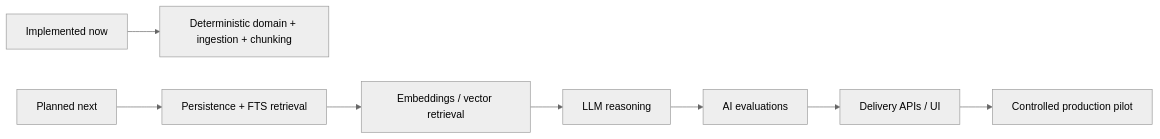
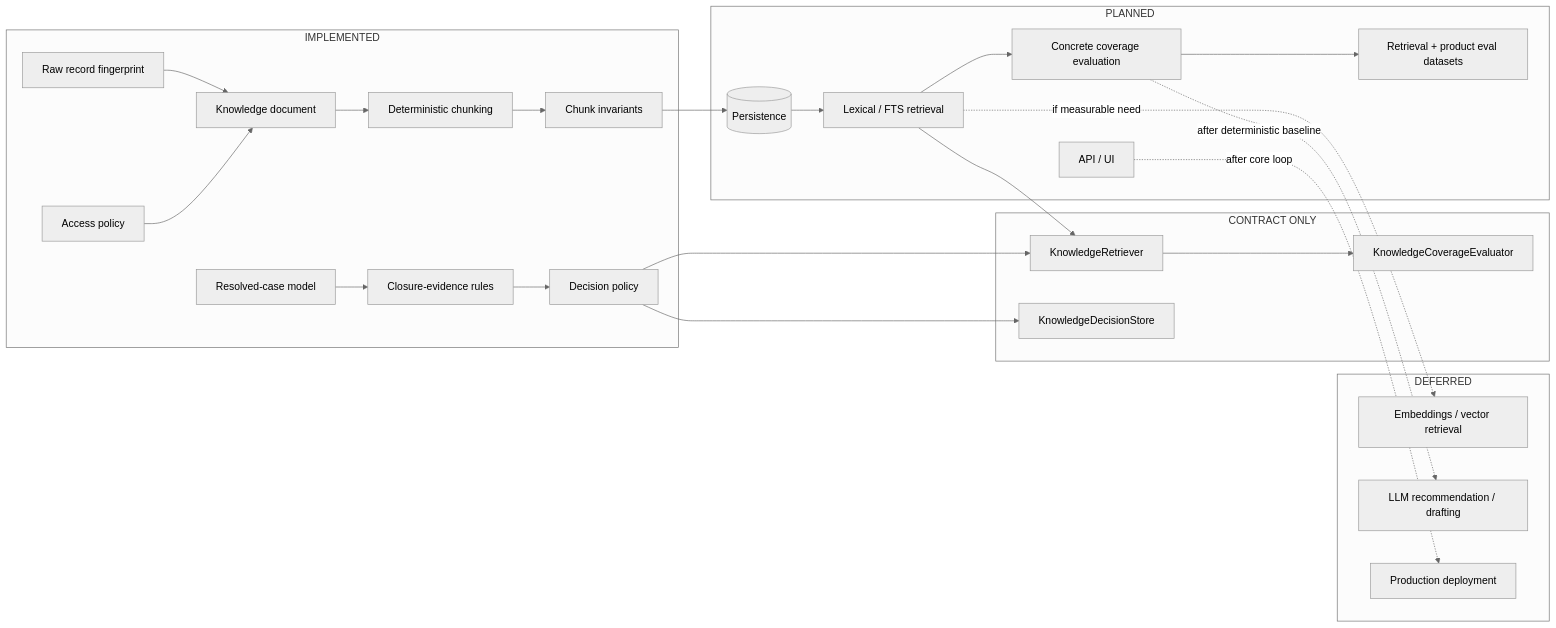
Before and after one commit to kumarchandansingh/tropos: the second of 2 diagrams in docs/README.md, drawn with Mermaid (neutral theme). The commit also changed other lines of this file and 13 other files, not shown here.

Commit message:
docs: rebuild Tropos living architecture

````diff
--- a/docs/README.md
+++ b/docs/README.md
@@ -54,10 +58,45 @@
 ```mermaid
 flowchart LR
-    I[Implemented now] --> D[Deterministic domain + ingestion + chunking]
-    P[Planned next] --> R[Persistence + FTS retrieval]
-    R --> V[Embeddings / vector retrieval]
-    V --> L[LLM reasoning]
-    L --> E[AI evaluations]
-    E --> API[Delivery APIs / UI]
-    API --> PROD[Controlled production pilot]
+    subgraph Implemented[IMPLEMENTED]
+      A[Resolved-case model]
+      B[Closure-evidence rules]
+      C[Decision policy]
+      D[Raw record fingerprint]
+      E[Access policy]
+      F[Knowledge document]
+      G[Deterministic chunking]
+      H[Chunk invariants]
+      A --> B --> C
+      D --> F --> G --> H
+      E --> F
+    end
+
+    subgraph Contract[CONTRACT ONLY]
+      R[KnowledgeRetriever]
+      CV[KnowledgeCoverageEvaluator]
+      DS[KnowledgeDecisionStore]
+    end
+
+    subgraph Planned[PLANNED]
+      P[(Persistence)]
+      FTS[Lexical / FTS retrieval]
+      CE[Concrete coverage evaluation]
+      EV[Retrieval + product eval datasets]
+      API[API / UI]
+    end
+
+    subgraph Deferred[DEFERRED]
+      V[Embeddings / vector retrieval]
+      L[LLM recommendation / drafting]
+      Prod[Production deployment]
+    end
+
+    C --> R
+    R --> CV
+    C --> DS
+    H --> P --> FTS --> R
+    FTS --> CE --> EV
+    FTS -. if measurable need .-> V
+    CE -. after deterministic baseline .-> L
+    API -. after core loop .-> Prod
 ```
````
